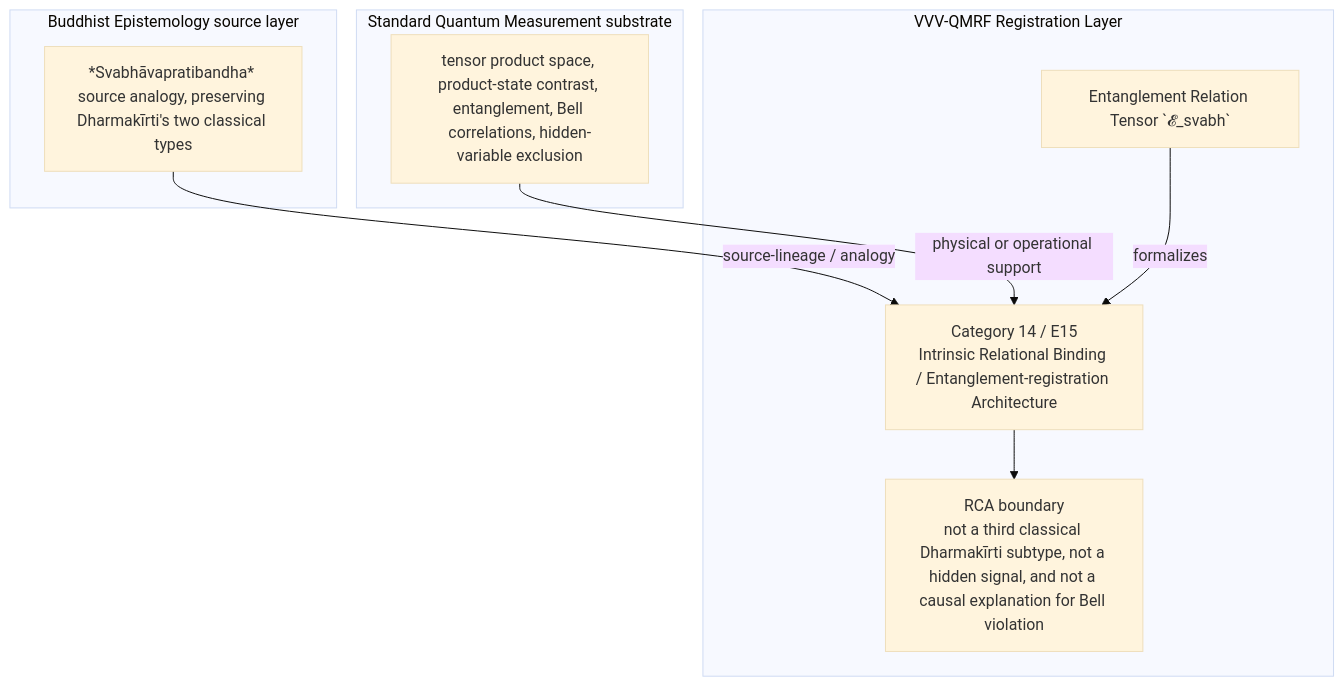
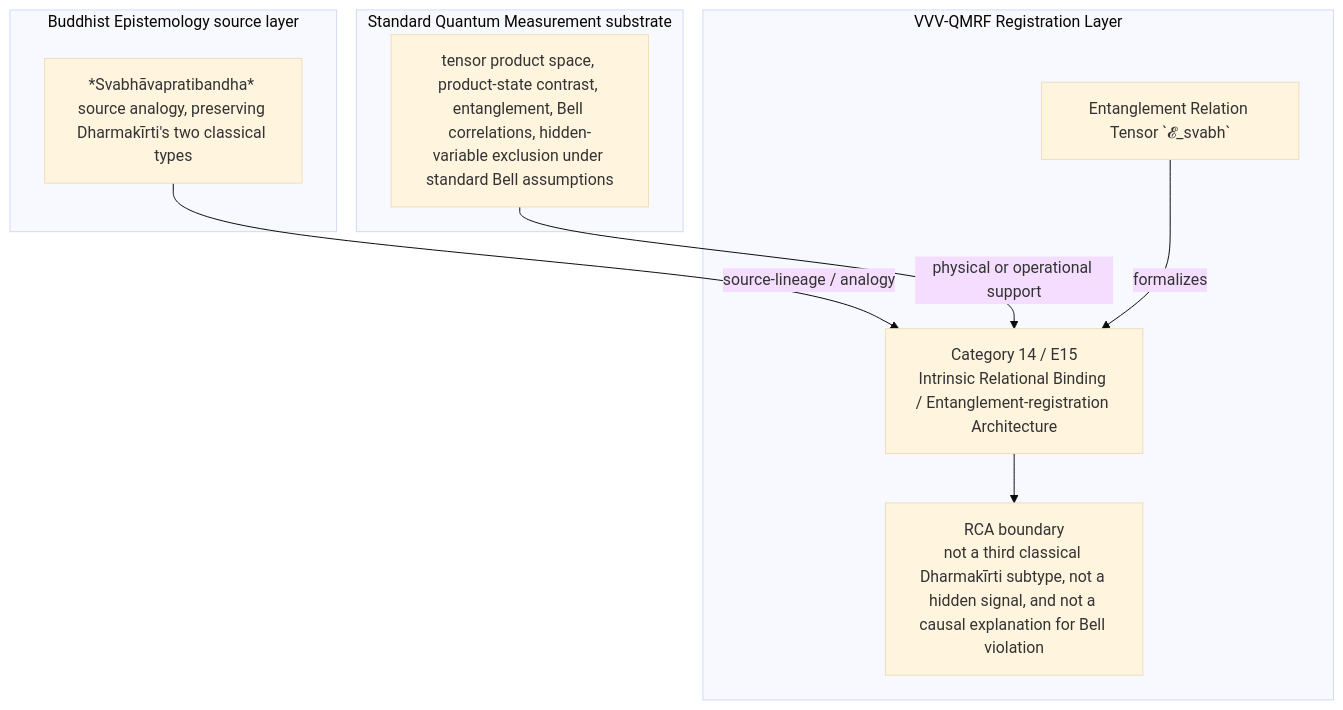
One commit to AIhugART/VVV-QMRF-VietVunVut-Quantum-Measurement-Registration-Framework changed the diagram in documents/research_documents/category/vvv_qmrf_category_14_e15_intrinsic_relational_binding.md. Above: the diagram before and after it, drawn with Mermaid (base theme). The commit also changed other lines of this file, not shown here.

First line of the commit message:
docs(research): bound Bell loophole assumptions

````diff
--- a/documents/research_documents/category/vvv_qmrf_category_14_e15_intrinsic_relational_binding.md
+++ b/documents/research_documents/category/vvv_qmrf_category_14_e15_intrinsic_relational_binding.md
@@ -258,21 +262,21 @@
 ```mermaid
 flowchart TD
     subgraph BE["Buddhist Epistemology source layer"]
         BE1["*Svabhāvapratibandha* source analogy, preserving Dharmakīrti's two classical types"]
     end
 
     subgraph QM["Standard Quantum Measurement substrate"]
-        QM1["tensor product space, product-state contrast, entanglement, Bell correlations, hidden-variable exclusion"]
+        QM1["tensor product space, product-state contrast, entanglement, Bell correlations, hidden-variable exclusion under standard Bell assumptions"]
     end
 
     subgraph VVV["VVV-QMRF Registration Layer"]
         CAT["Category 14 / E15<br/>Intrinsic Relational Binding / Entanglement-registration Architecture"]
         SYM["Entanglement Relation Tensor `𝓔_svabh`"]
         BOUND["RCA boundary<br/>not a third classical Dharmakīrti subtype, not a hidden signal, and not a causal explanation for Bell violation"]
     end
 
     BE1 -->|"source-lineage / analogy"| CAT
     QM1 -->|"physical or operational support"| CAT
     SYM -->|"formalizes"| CAT
     CAT --> BOUND
 ```
````
